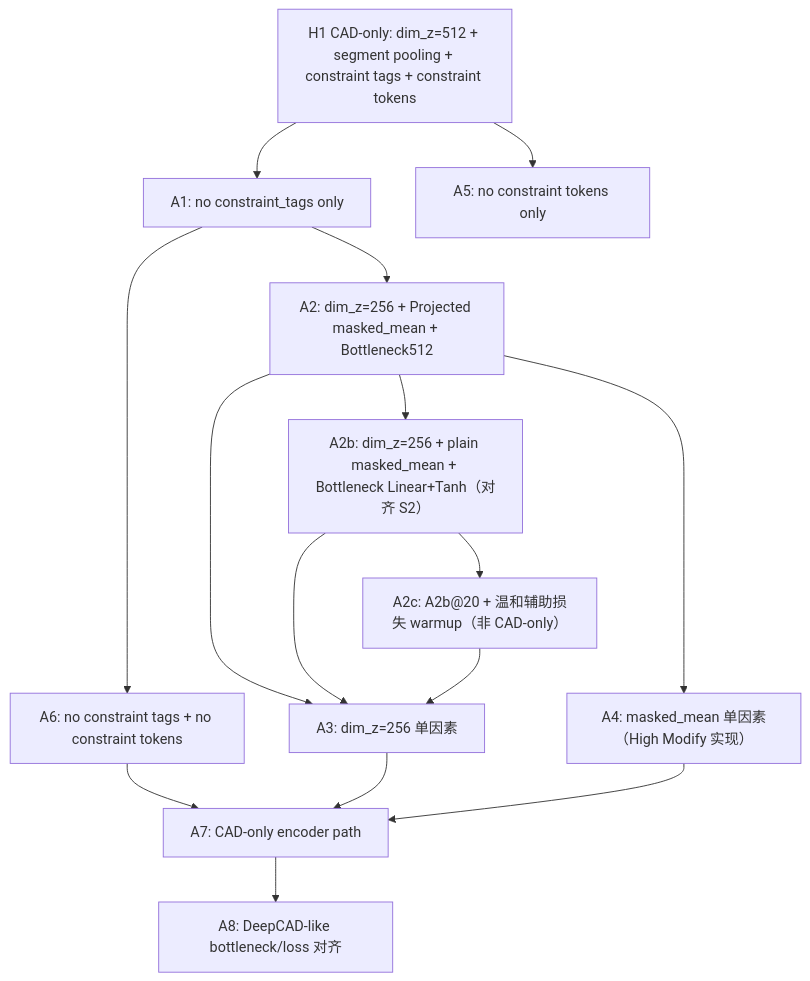
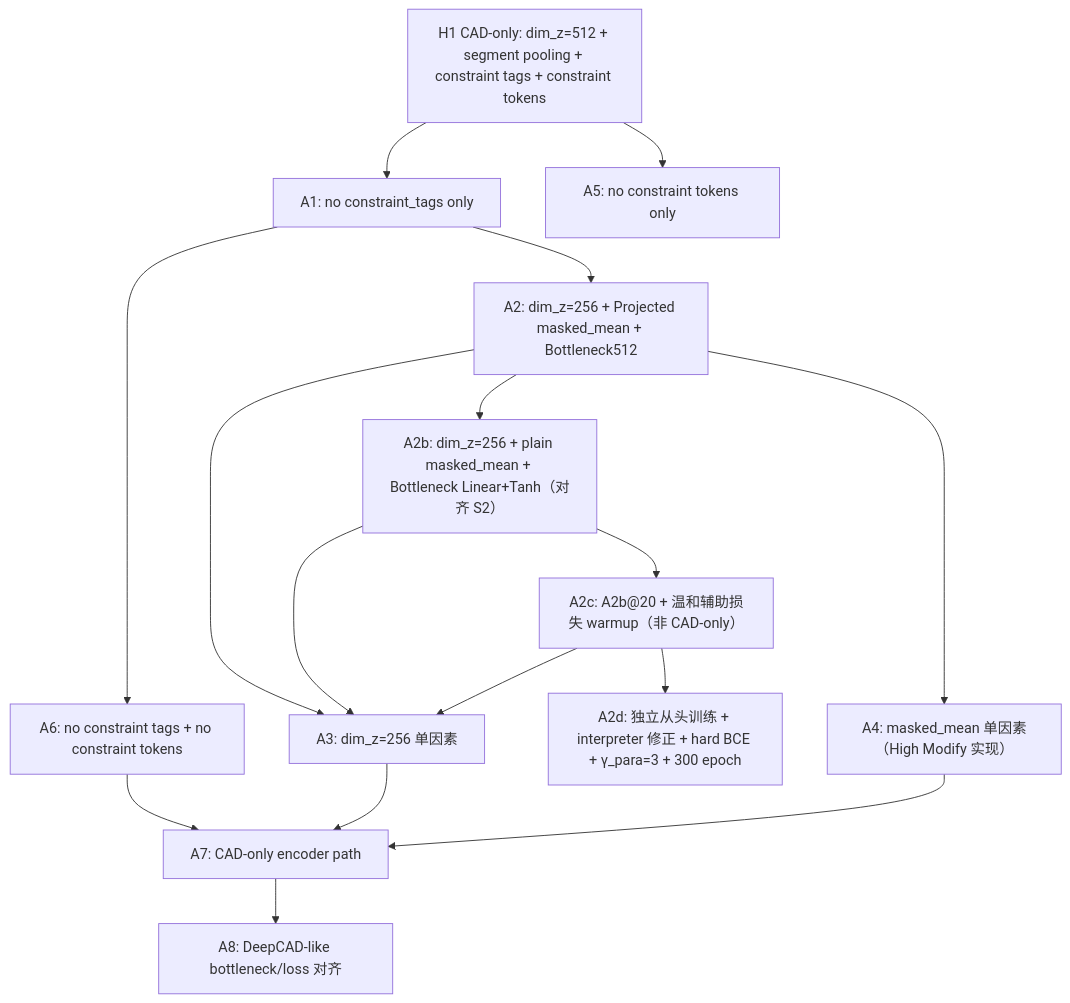
One commit to sunyuyang19910808/CF-DeepCAD changed the diagram in 论文尝试/约束感知生成/6_constraint_fused_deepcad_high_modify/主路径消融定位实验方案.md. Above: the diagram before and after it, drawn with Mermaid. The commit also changed other lines of this file and 9 other files, not shown here.

````diff
--- a/论文尝试/约束感知生成/6_constraint_fused_deepcad_high_modify/主路径消融定位实验方案.md
+++ b/论文尝试/约束感知生成/6_constraint_fused_deepcad_high_modify/主路径消融定位实验方案.md
@@ -52,17 +55,18 @@
 ```mermaid
 flowchart TD
   A["H1 CAD-only: dim_z=512 + segment pooling + constraint tags + constraint tokens"] --> T["A1: no constraint_tags only"]
   T --> F["A2: dim_z=256 + Projected masked_mean + Bottleneck512"]
   F --> Fb["A2b: dim_z=256 + plain masked_mean + Bottleneck Linear+Tanh（对齐 S2）"]
   F --> B["A3: dim_z=256 单因素"]
   F --> C["A4: masked_mean 单因素（High Modify 实现）"]
   Fb --> A2c["A2c: A2b@20 + 温和辅助损失 warmup（非 CAD-only）"]
+  A2c --> A2d["A2d: 独立从头训练 + interpreter 修正 + hard BCE + γ_para=3 + 300 epoch"]
   Fb --> B
   A2c --> B
   A --> D["A5: no constraint tokens only"]
   T --> E["A6: no constraint tags + no constraint tokens"]
   E --> G["A7: CAD-only encoder path"]
   B --> G
   C --> G
   G --> H["A8: DeepCAD-like bottleneck/loss 对齐"]
 ```
````
